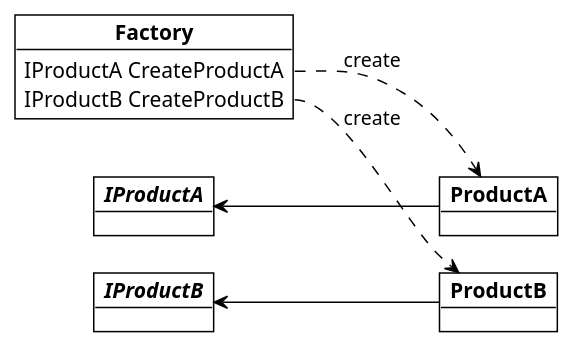
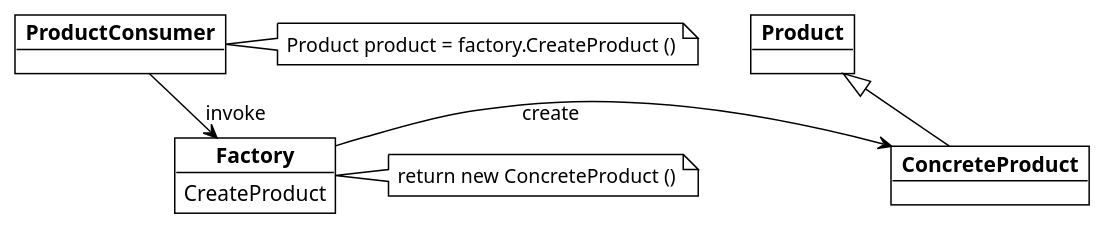
Before and after one commit to dst80/design-patterns: the diagram in creational_patterns/factory/factory.md, drawn with PlantUML. The commit also changed other lines of this file, not shown here.

Commit message:
update factory

````diff
--- a/creational_patterns/factory/factory.md
+++ b/creational_patterns/factory/factory.md
@@ -32,28 +4,35 @@
 ```plantuml
-@startuml factory_with_interface
+@startuml factory
 !theme plain
-left to right direction
-skinparam nodesep 20
-skinparam ranksep 50
-object "**Factory**" as Factory {
-    IProductA CreateProductA
-    IProductB CreateProductB
+
+skinparam nodesep 35
+skinparam ranksep 10
+together {
+together {
+    object "**ProductConsumer**" as ProductConsumer
+    object "**Factory**" as Factory {
+        CreateProduct
+    }
+    ProductConsumer --> Factory : invoke
+  
+    note right of ProductConsumer
+    Product product = factory.CreateProduct ()
+    end note
+
+    note right of Factory
+    return new ConcreteProduct ()
+    end note
 }
 
 together {
-    together {
-        object "**//IProductA//**" as IProductA
-        object "**ProductA**" as ProductA
-    }
-        together {
-        object "**//IProductB//**" as IProductB
-        object "**ProductB**" as ProductB
-    }
+    object "**Product**" as Product
+    object "**ConcreteProduct**" as ConcreteProduct
+    Product <|--down ConcreteProduct
 }
-Factory::CreateProductA ..> ProductA : create
-Factory::CreateProductB ..> ProductB : create
+}
 
-IProductA <-- ProductA
-IProductB <-- ProductB
+Factory -l-> ConcreteProduct : create
+
+
 @enduml
 ```
````
